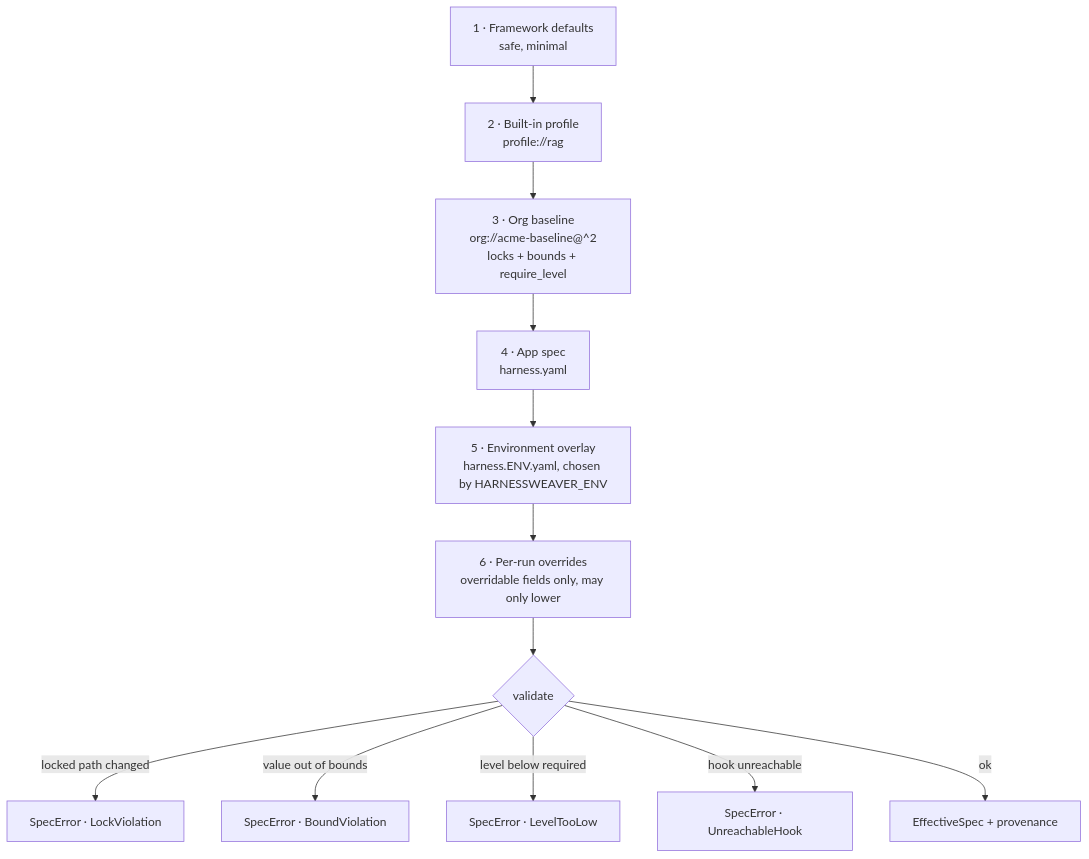
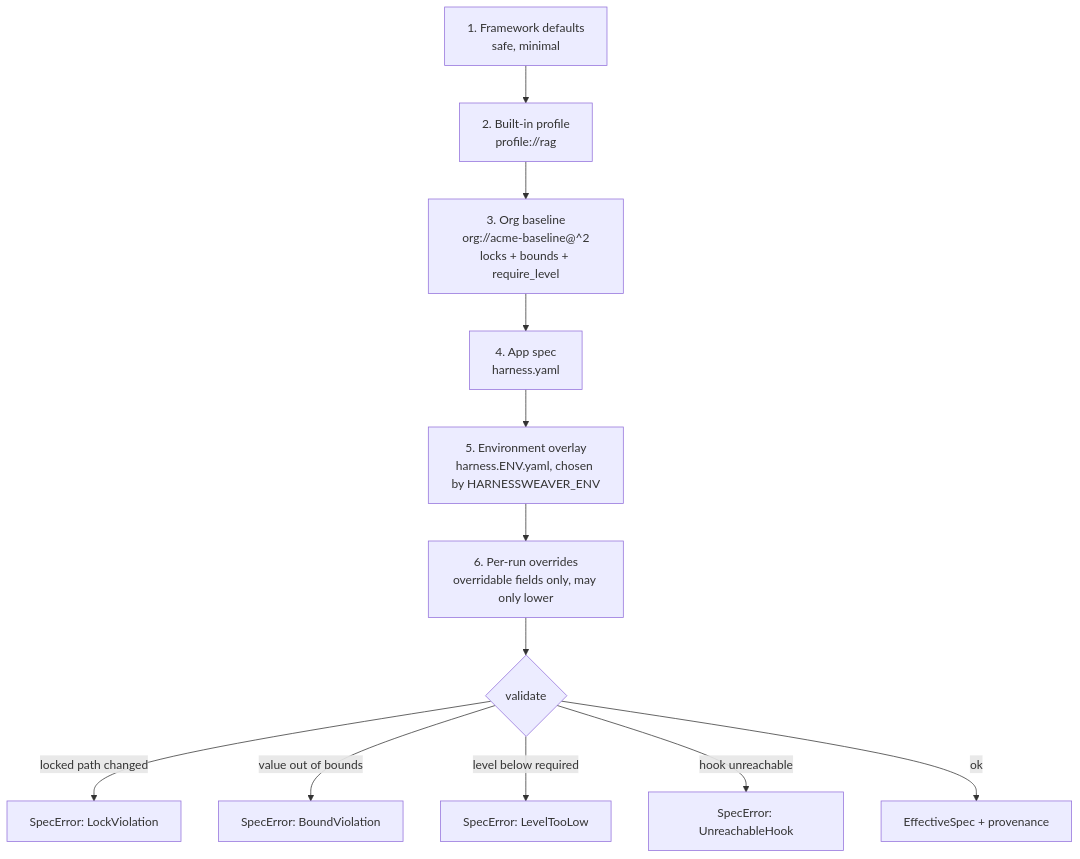
Before and after one commit to Nish459/HarnessWeaver: the sixth of 14 diagrams in DESIGNS.md, drawn with Mermaid. The commit also changed other lines of this file and 75 other files, not shown here.

````diff
--- a/DESIGNS.md
+++ b/DESIGNS.md
@@ -380,14 +399,14 @@
 ```mermaid
 flowchart TD
-    L1["1 · Framework defaults<br/>safe, minimal"] --> L2["2 · Built-in profile<br/>profile://rag"]
-    L2 --> L3["3 · Org baseline<br/>org://acme-baseline@^2<br/>locks + bounds + require_level"]
-    L3 --> L4["4 · App spec<br/>harness.yaml"]
-    L4 --> L5["5 · Environment overlay<br/>harness.ENV.yaml, chosen by HARNESSWEAVER_ENV"]
-    L5 --> L6["6 · Per-run overrides<br/>overridable fields only, may only lower"]
+    L1["1. Framework defaults<br/>safe, minimal"] --> L2["2. Built-in profile<br/>profile://rag"]
+    L2 --> L3["3. Org baseline<br/>org://acme-baseline@^2<br/>locks + bounds + require_level"]
+    L3 --> L4["4. App spec<br/>harness.yaml"]
+    L4 --> L5["5. Environment overlay<br/>harness.ENV.yaml, chosen by HARNESSWEAVER_ENV"]
+    L5 --> L6["6. Per-run overrides<br/>overridable fields only, may only lower"]
     L6 --> V{validate}
-    V -->|locked path changed| E1[SpecError · LockViolation]
-    V -->|value out of bounds| E2[SpecError · BoundViolation]
-    V -->|level below required| E3[SpecError · LevelTooLow]
-    V -->|hook unreachable| E4[SpecError · UnreachableHook]
+    V -->|locked path changed| E1[SpecError: LockViolation]
+    V -->|value out of bounds| E2[SpecError: BoundViolation]
+    V -->|level below required| E3[SpecError: LevelTooLow]
+    V -->|hook unreachable| E4[SpecError: UnreachableHook]
     V -->|ok| OK[EffectiveSpec + provenance]
 ```
````
